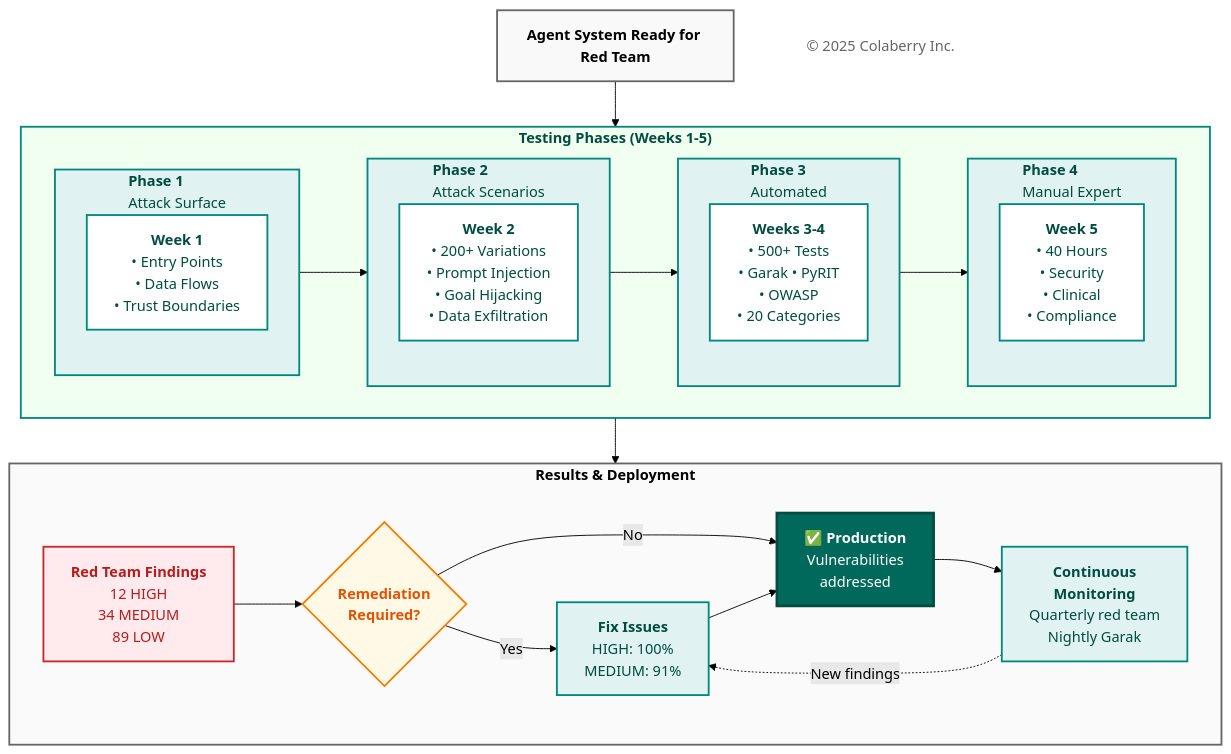
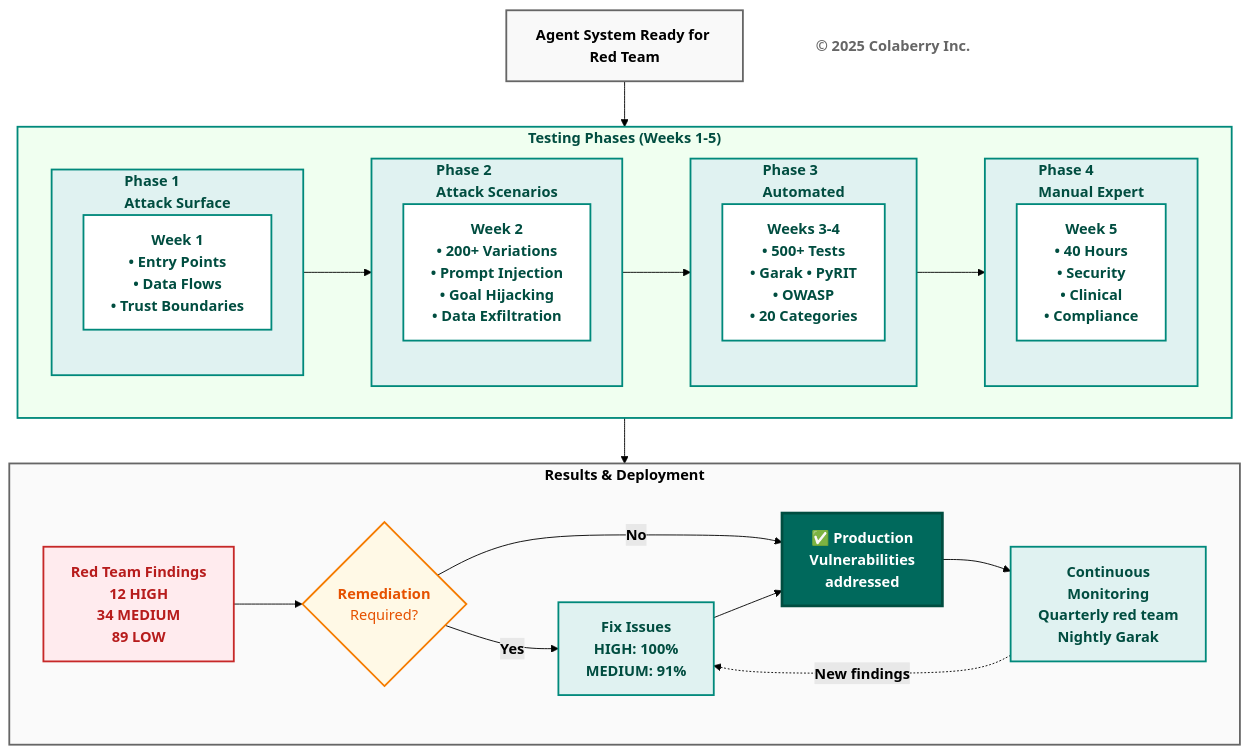
The tenth of 18 diagrams in chapter-01/chapter_1_complete.md (colaberry/enterprise-data-readiness-ai-agents), drawn with Mermaid (forest theme) before and after one commit. The commit also changed other lines of this file and 1 other file, not shown here.

First line of the commit message:
chapter 1 diagrams updated to mermaid codex

````diff
--- a/chapter-01/chapter_1_complete.md
+++ b/chapter-01/chapter_1_complete.md
@@ -1579,76 +1534,76 @@
 ```mermaid
 graph TB
     START["<b>Agent System Ready for Red Team</b>"]
     
     subgraph ROW1["<b>Testing Phases (Weeks 1-5)</b>"]
         direction LR
         
-        subgraph PHASE1["<b>Phase 1</b><br/>Attack Surface"]
+        subgraph PHASE1["<b>Phase 1</b><br/><b>Attack Surface</b>"]
             direction TB
-            P1["<b>Week 1</b><br/>• Entry Points<br/>• Data Flows<br/>• Trust Boundaries"]
+            P1["<b>Week 1</b><br/><b>• Entry Points</b><br/><b>• Data Flows</b><br/><b>• Trust Boundaries</b>"]
         end
         
-        subgraph PHASE2["<b>Phase 2</b><br/>Attack Scenarios"]
+        subgraph PHASE2["<b>Phase 2</b><br/><b>Attack Scenarios</b>"]
             direction TB
-            P2["<b>Week 2</b><br/>• 200+ Variations<br/>• Prompt Injection<br/>• Goal Hijacking<br/>• Data Exfiltration"]
+            P2["<b>Week 2</b><br/><b>• 200+ Variations</b><br/><b>• Prompt Injection</b><br/><b>• Goal Hijacking</b><br/><b>• Data Exfiltration</b>"]
         end
         
-        subgraph PHASE3["<b>Phase 3</b><br/>Automated"]
+        subgraph PHASE3["<b>Phase 3</b><br/><b>Automated</b>"]
             direction TB
-            P3["<b>Weeks 3-4</b><br/>• 500+ Tests<br/>• Garak • PyRIT<br/>• OWASP<br/>• 20 Categories"]
+            P3["<b>Weeks 3-4</b><br/><b>• 500+ Tests</b><br/><b>• Garak • PyRIT</b><br/><b>• OWASP</b><br/><b>• 20 Categories</b>"]
         end
         
-        subgraph PHASE4["<b>Phase 4</b><br/>Manual Expert"]
+        subgraph PHASE4["<b>Phase 4</b><br/><b>Manual Expert</b>"]
             direction TB
-            P4["<b>Week 5</b><br/>• 40 Hours<br/>• Security<br/>• Clinical<br/>• Compliance"]
+            P4["<b>Week 5</b><br/><b>• 40 Hours</b><br/><b>• Security</b><br/><b>• Clinical</b><br/><b>• Compliance</b>"]
         end
         
         PHASE1 --> PHASE2 --> PHASE3 --> PHASE4
     end
     
     subgraph ROW2["<b>Results & Deployment</b>"]
         direction LR
         
-        FINDINGS["<b>Red Team Findings</b><br/>12 HIGH<br/>34 MEDIUM<br/>89 LOW"]
+        FINDINGS["<b>Red Team Findings</b><br/><b>12 HIGH</b><br/><b>34 MEDIUM</b><br/><b>89 LOW</b>"]
         
-        REMEDIATE{<b>Remediation<br/>Required?</b>}
+        REMEDIATE{<b>Remediation</b><br/>Required?</b>}
         
-        FIX["<b>Fix Issues</b><br/>HIGH: 100%<br/>MEDIUM: 91%"]
+        FIX["<b>Fix Issues</b><br/><b>HIGH: 100%</b><br/><b>MEDIUM: 91%</b>"]
         
-        PRODUCTION["<b>✅ Production</b><br/>Vulnerabilities<br/>addressed"]
+        PRODUCTION["<b>✅ Production</b><br/><b>Vulnerabilities</b><br/><b>addressed</b>"]
         
-        MONITOR["<b>Continuous<br/>Monitoring</b><br/>Quarterly red team<br/>Nightly Garak"]
+        MONITOR["<b>Continuous</b><br/><b>Monitoring</b><br/><b>Quarterly red team</b><br/><b>Nightly Garak</b>"]
         
         FINDINGS --> REMEDIATE
-        REMEDIATE -->|Yes| FIX
-        REMEDIATE -->|No| PRODUCTION
+        REMEDIATE -->|"<b>Yes</b>"| FIX
+        REMEDIATE -->|"<b>No</b>"| PRODUCTION
         FIX --> PRODUCTION
         PRODUCTION --> MONITOR
-        MONITOR -.->|New findings| FIX
+        MONITOR -.->|"<b>New findings</b>"| FIX
     end
     
     START --> ROW1
     ROW1 --> FINDINGS
     
     style START fill:#f9f9f9,stroke:#666666,stroke-width:2px,color:#000000
     style ROW1 fill:#f0fff0,stroke:#00897b,stroke-width:2px,color:#004d40
     style ROW2 fill:#fafafa,stroke:#666666,stroke-width:2px,color:#000000
     
     style PHASE1 fill:#e0f2f1,stroke:#00897b,stroke-width:2px,color:#004d40
     style PHASE2 fill:#e0f2f1,stroke:#00897b,stroke-width:2px,color:#004d40
     style PHASE3 fill:#e0f2f1,stroke:#00897b,stroke-width:2px,color:#004d40
     style PHASE4 fill:#e0f2f1,stroke:#00897b,stroke-width:2px,color:#004d40
     style P1 fill:#ffffff,stroke:#00897b,stroke-width:2px,color:#004d40
     style P2 fill:#ffffff,stroke:#00897b,stroke-width:2px,color:#004d40
     style P3 fill:#ffffff,stroke:#00897b,stroke-width:2px,color:#004d40
     style P4 fill:#ffffff,stroke:#00897b,stroke-width:2px,color:#004d40
     
     style FINDINGS fill:#ffebee,stroke:#c62828,stroke-width:2px,color:#b71c1c
     style REMEDIATE fill:#fff9e6,stroke:#f57c00,stroke-width:2px,color:#e65100
     style FIX fill:#e0f2f1,stroke:#00897b,stroke-width:2px,color:#004d40
     style PRODUCTION fill:#00695c,color:#ffffff,stroke:#004d40,stroke-width:3px
     style MONITOR fill:#e0f2f1,stroke:#00897b,stroke-width:2px,color:#004d40
     
-    Copyright["© 2025 Colaberry Inc."]
+    Copyright["<b>© 2025 Colaberry Inc.</b>"]
     style Copyright fill:#ffffff,stroke:none,color:#666666
 ```
````
